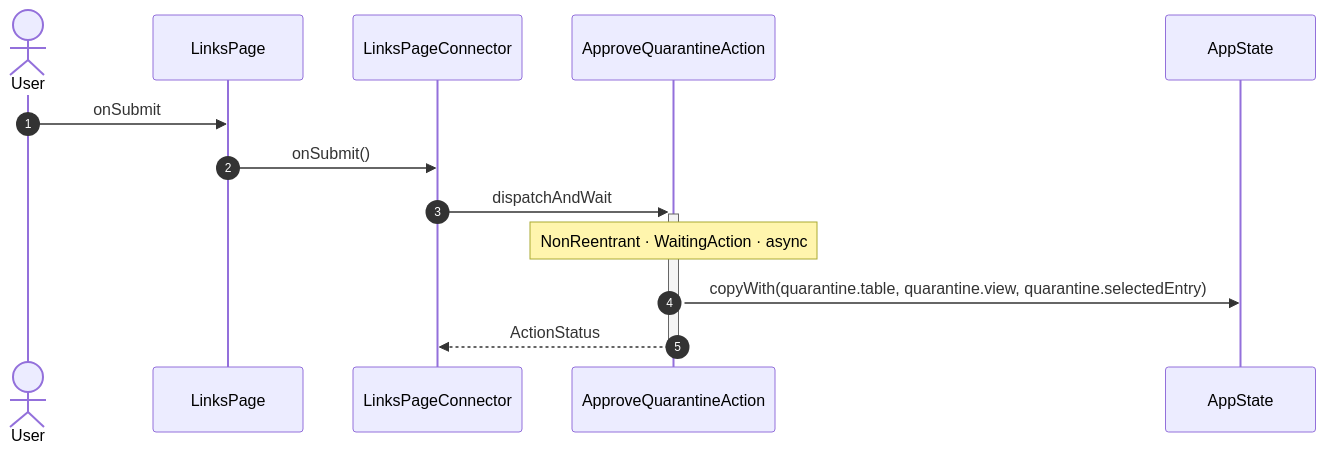
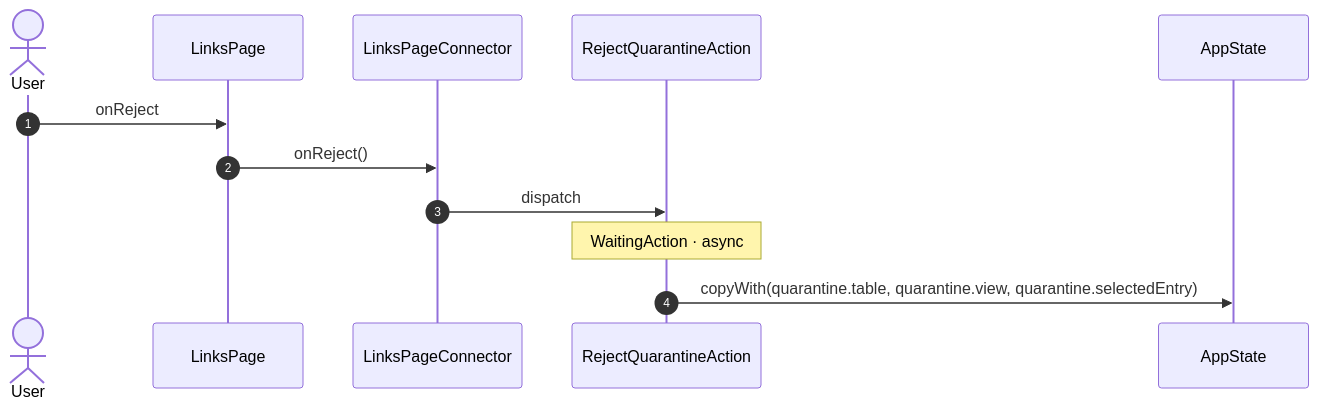
One commit to gencto/wyrm changed the tenth of 21 diagrams in studio/docs/flows/links.md. Above: the diagram before and after it, drawn with Mermaid. The commit also changed other lines of this file and 65 other files, not shown here.

````diff
--- a/studio/docs/flows/links.md
+++ b/studio/docs/flows/links.md
@@ -262,16 +163,15 @@
 ```mermaid
 sequenceDiagram
     autonumber
     actor User
     participant UI as LinksPage
     participant VM as LinksPageConnector
-    participant A1 as ApproveQuarantineAction
+    participant A1 as RejectQuarantineAction
     participant ST as AppState
 
-    User->>UI: onSubmit
-    UI->>VM: onSubmit()
-    VM->>+A1: dispatchAndWait
-    Note over A1: NonReentrant · WaitingAction · async
+    User->>UI: onReject
+    UI->>VM: onReject()
+    VM->>A1: dispatch
+    Note over A1: WaitingAction · async
     A1->>ST: copyWith(quarantine.table, quarantine.view, quarantine.selectedEntry)
-    A1-->>-VM: ActionStatus
 ```
````
